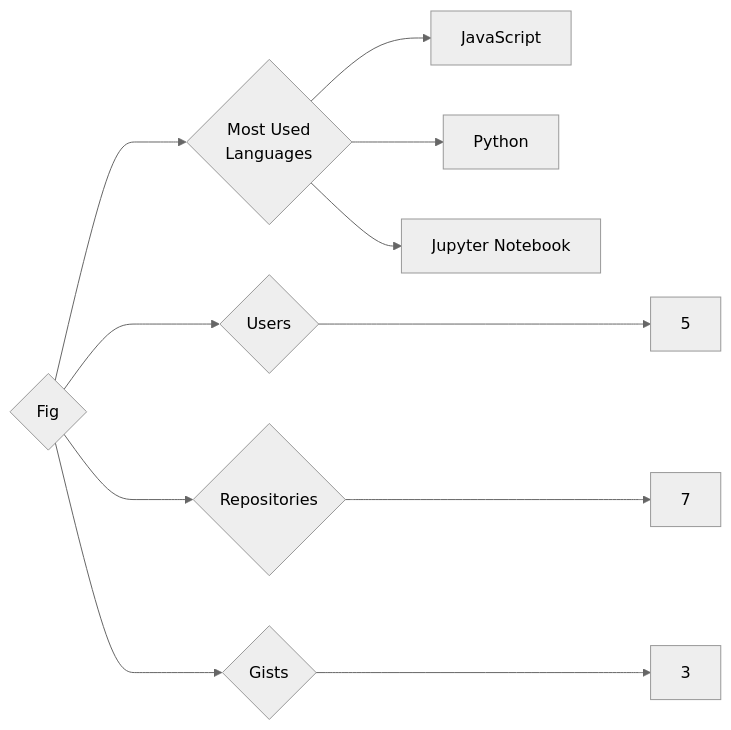
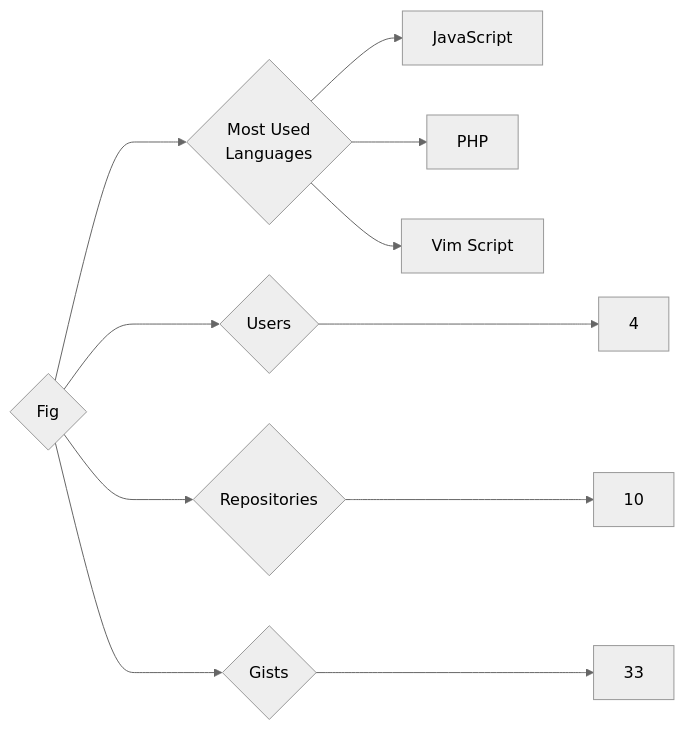
The diagram in targets/Fig/README.md (trickest/insiders), drawn with Mermaid (neutral theme) before and after one commit. The commit also changed 1212 other files, not shown here.

````diff
--- a/targets/Fig/README.md
+++ b/targets/Fig/README.md
@@ -3,11 +3,11 @@
 ```mermaid
 graph LR
 COMPANY_NAME{Fig}
-COMPANY_NAME ---> U{Users} ---> UN[5]
-COMPANY_NAME ---> R{Repositories} ---> RN[7]
-COMPANY_NAME ---> G{Gists} ---> GN[3]
+COMPANY_NAME ---> U{Users} ---> UN[4]
+COMPANY_NAME ---> R{Repositories} ---> RN[10]
+COMPANY_NAME ---> G{Gists} ---> GN[33]
 COMPANY_NAME ---> ML{Most Used<br>Languages}
 ML --> JavaScript[JavaScript]
-ML --> Python[Python]
-ML --> Jupyter_Notebook[Jupyter Notebook]
+ML --> PHP[PHP]
+ML --> Vim_Script[Vim Script]
 ```
````
